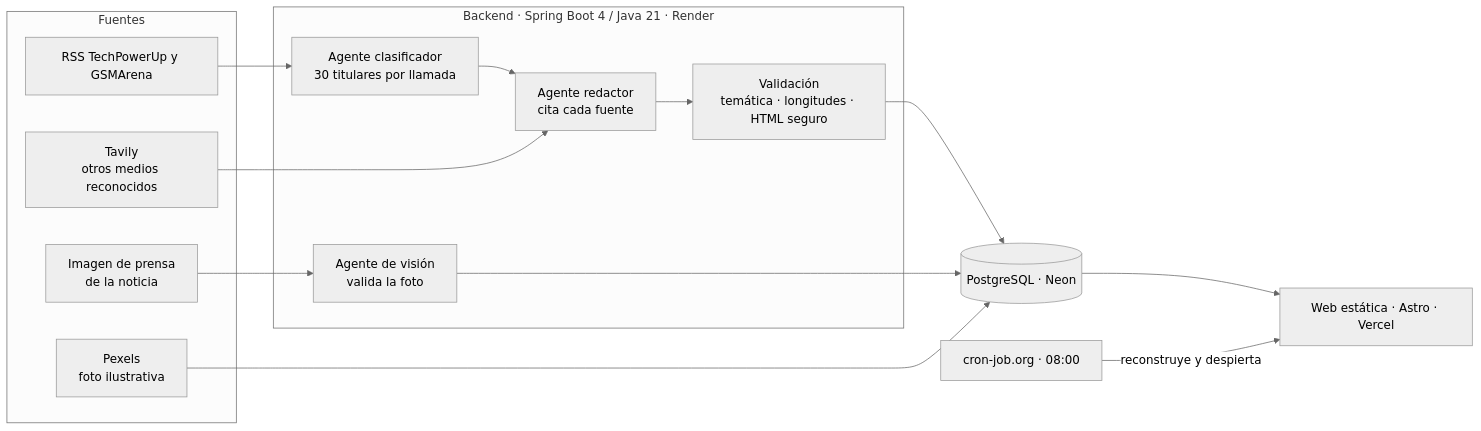
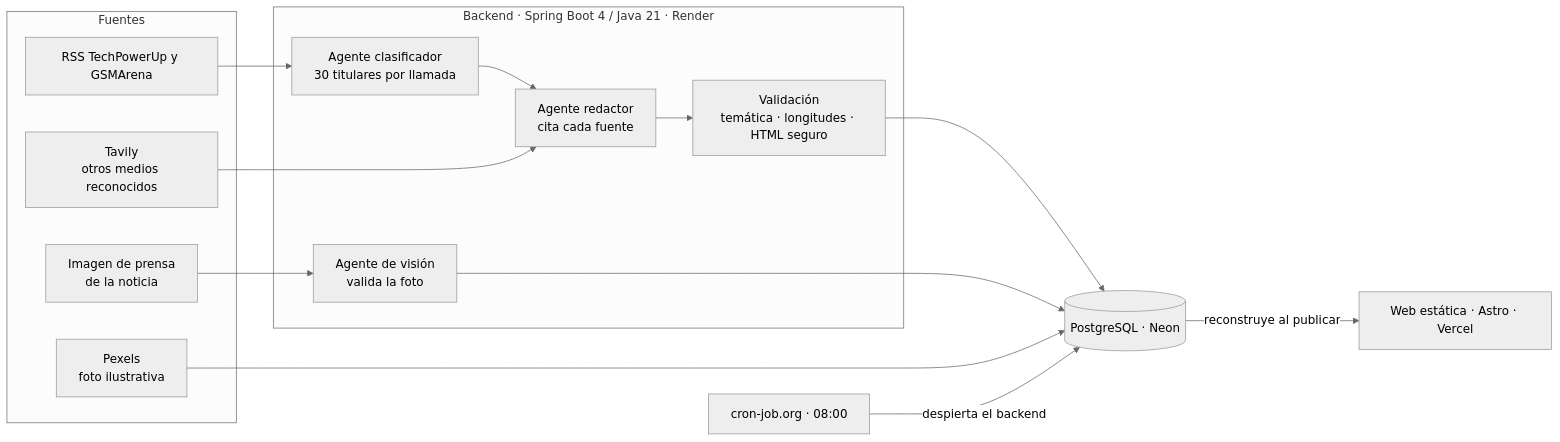
One commit to rodrigo27supr/vexelbyte-web changed the diagram in README.md. Above: the diagram before and after it, drawn with Mermaid (neutral theme). The commit also changed other lines of this file and 20 other files, not shown here.

````diff
--- a/README.md
+++ b/README.md
@@ -66,27 +66,27 @@
 ```mermaid
 flowchart LR
     subgraph Fuentes
         RSS[RSS TechPowerUp y GSMArena]
         TAVILY[Tavily<br/>otros medios reconocidos]
         PRENSA[Imagen de prensa<br/>de la noticia]
         PEXELS[Pexels<br/>foto ilustrativa]
     end
 
     subgraph Backend["Backend · Spring Boot 4 / Java 21 · Render"]
         CLAS[Agente clasificador<br/>30 titulares por llamada]
         RED[Agente redactor<br/>cita cada fuente]
         VISION[Agente de visión<br/>valida la foto]
         VAL[Validación<br/>temática · longitudes · HTML seguro]
     end
 
     DB[(PostgreSQL · Neon)]
     WEB[Web estática · Astro · Vercel]
     CRON[cron-job.org · 08:00]
 
     RSS --> CLAS --> RED --> VAL --> DB
     TAVILY --> RED
     PRENSA --> VISION --> DB
     PEXELS --> DB
-    DB --> WEB
-    CRON -- reconstruye y despierta --> WEB
+    DB -- reconstruye al publicar --> WEB
+    CRON -- despierta el backend --> DB
 ```
````
